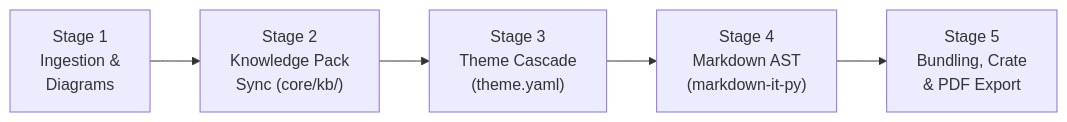
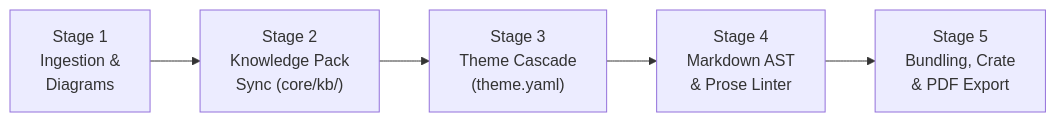
Before and after one commit to valorcz/md-style: the diagram in README.md, drawn with Mermaid. The commit also changed other lines of this file and 6 other files, not shown here.

Commit message:
docs: update README with prose linter, modern viewer features, and refreshed previews

````diff
--- a/README.md
+++ b/README.md
@@ -222,10 +268,10 @@
 ```mermaid
 flowchart LR
     STAGE1["Stage 1\nIngestion &\nDiagrams"]
     STAGE2["Stage 2\nKnowledge Pack\nSync (core/kb/)"]
     STAGE3["Stage 3\nTheme Cascade\n(theme.yaml)"]
-    STAGE4["Stage 4\nMarkdown AST\n(markdown-it-py)"]
+    STAGE4["Stage 4\nMarkdown AST\n& Prose Linter"]
     STAGE5["Stage 5\nBundling, Crate\n& PDF Export"]
 
     STAGE1 --> STAGE2 --> STAGE3 --> STAGE4 --> STAGE5
 ```
````
